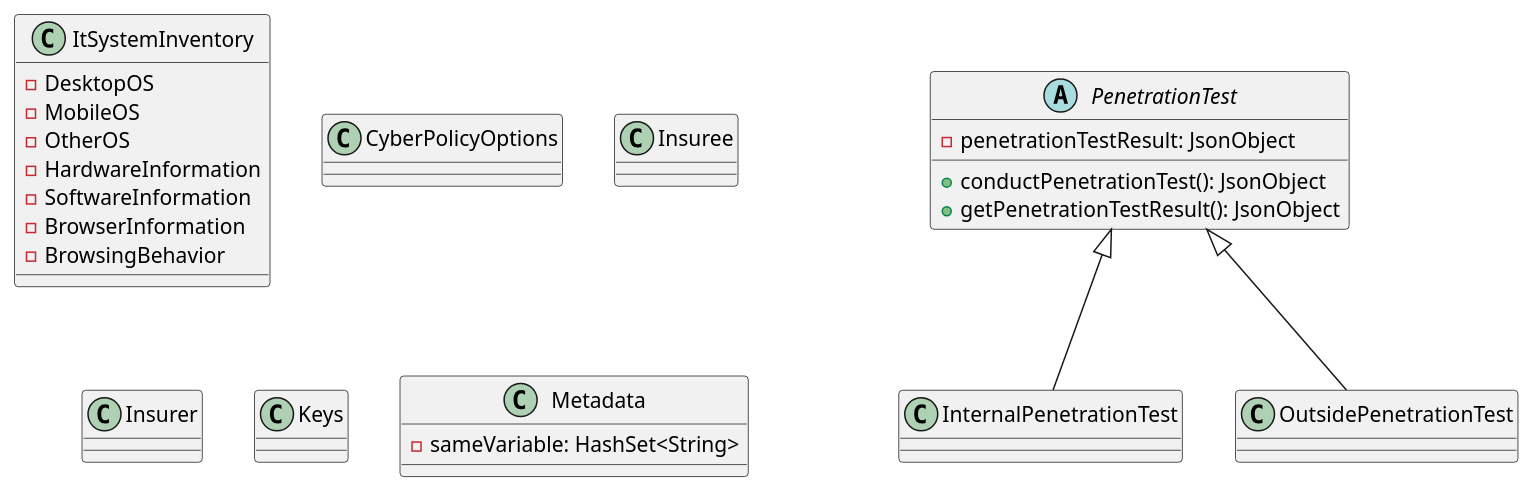
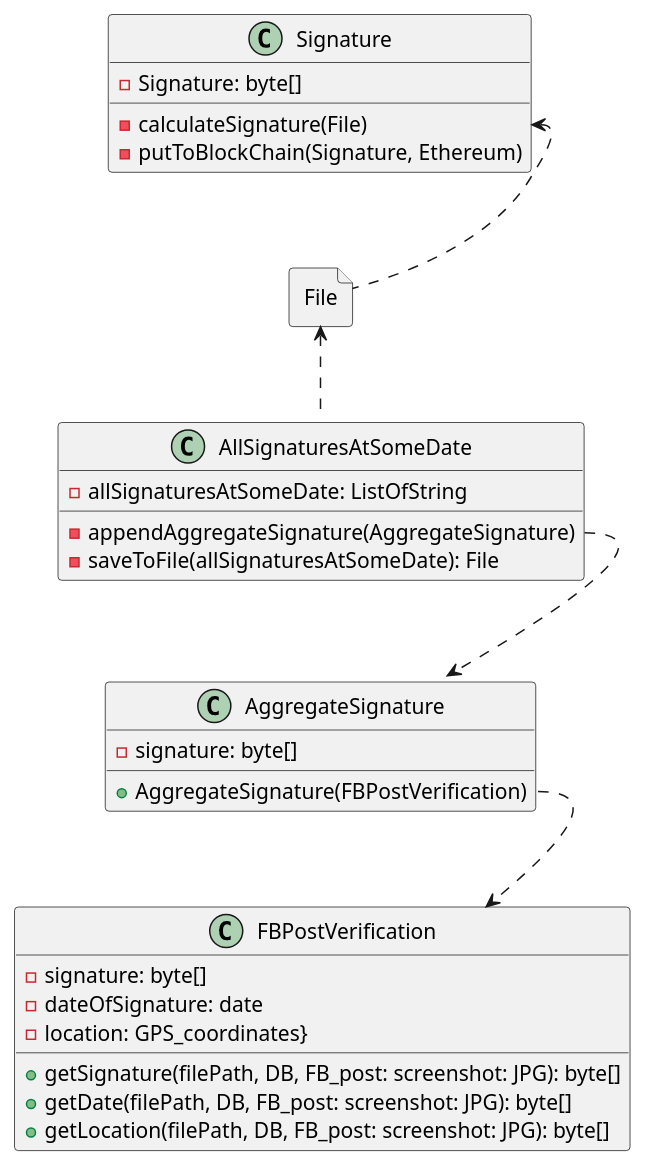
Before and after one commit to DimitriBolt/CyberBlocks: the diagram in UML/ClassDiagram.puml, drawn with PlantUML.

Commit message:
add First step.

```diff
--- a/UML/ClassDiagram.puml
+++ b/UML/ClassDiagram.puml
@@ -1,42 +1,83 @@
 @startuml
 'https://plantuml.com/class-diagram
 
-abstract class PenetrationTest{
--penetrationTestResult: JsonObject
-'конструктор с Большой буквы без типа, в диаграмме классов нет смысла указывать
-+conductPenetrationTest(): JsonObject
-+getPenetrationTestResult(): JsonObject
+class FBPostVerification {
+- signature: byte[]
+- dateOfSignature: date
+- location: GPS_coordinates}
++ getSignature(filePath, DB, FB_post: screenshot: JPG): byte[]
++ getDate(filePath, DB, FB_post: screenshot: JPG): byte[]
++ getLocation(filePath, DB, FB_post: screenshot: JPG): byte[]
 }
 
+class AggregateSignature{
+- signature: byte[]
++ AggregateSignature(FBPostVerification)
+}
+AggregateSignature::AggregateSignature ..> FBPostVerification
+
+class AllSignaturesAtSomeDate{
+- allSignaturesAtSomeDate: ListOfString
+- appendAggregateSignature(AggregateSignature)
+- saveToFile(allSignaturesAtSomeDate): File
+}
+
+File File {
+}
+
+File <.. AllSignaturesAtSomeDate
+
+class Signature{
+- Signature: byte[]
+- calculateSignature(File)
+- putToBlockChain(Signature, Ethereum)
+}
+
+Signature::calculateSignature <.. File
+
+AllSignaturesAtSomeDate::appendAggregateSignature ..> AggregateSignature
+
+/'
+class FB_post{
+- post: String
++ getPost(screenshot: JPG)
+}
+
+' FBPostVerification::getSignature ..> FB_post
+
+
+abstract class PenetrationTest{
+'конструктор с Большой буквы без типа, в диаграмме классов нет смысла указывать
+}
 class InternalPenetrationTest{
 }
 class OutsidePenetrationTest{
 }
 class ItSystemInventory{
 - DesktopOS
 - MobileOS
 - OtherOS
 - HardwareInformation
 - SoftwareInformation
 - BrowserInformation
 - BrowsingBehavior
 }
-
 class CyberPolicyOptions
 class Insuree
 class Insurer
 class Keys
 class Metadata {
 - sameVariable: HashSet<String>
 }
 
 
 
 
 
 
 PenetrationTest <|-- InternalPenetrationTest
 PenetrationTest <|-- OutsidePenetrationTest
 ' Наследование (абстрактный класс наследуется)
+'/
 
 @enduml
```
